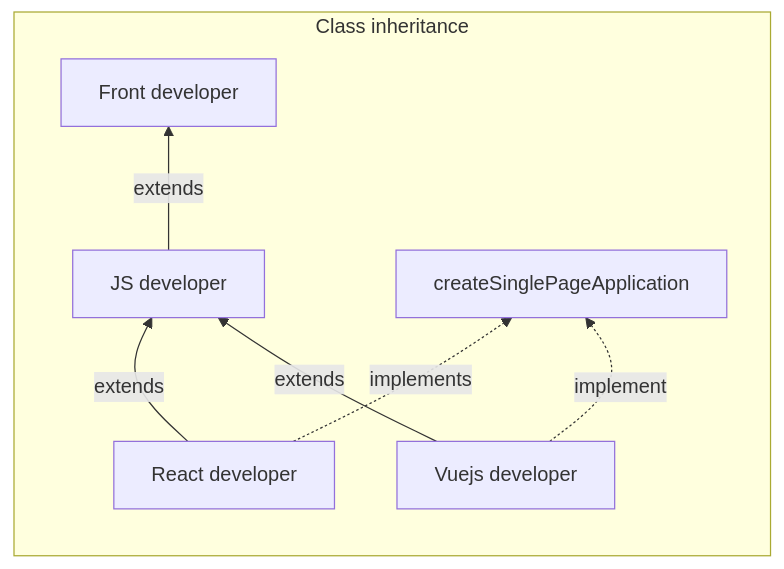
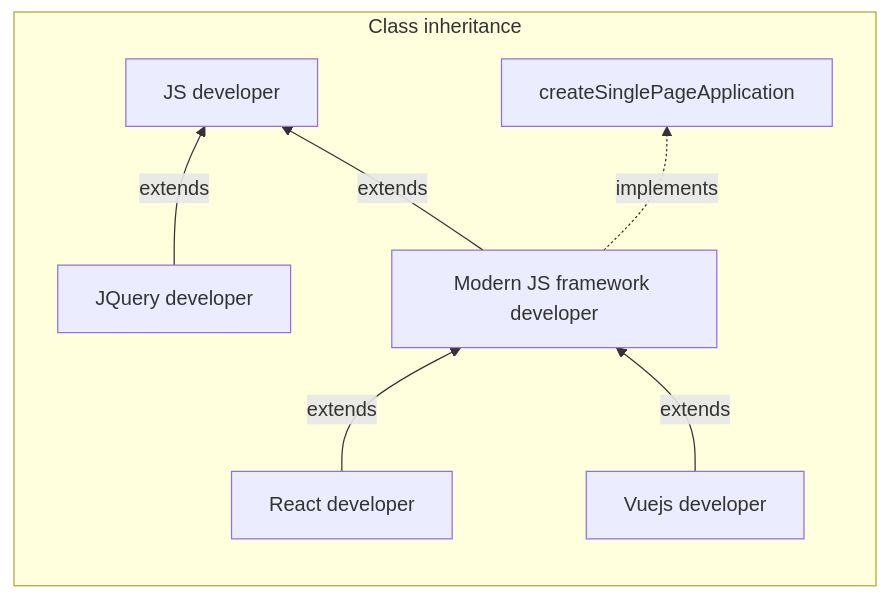
The first of 2 diagrams in docs/Liskov_Substitution_Principle.md (Asgard-Digital-Force/Asgardian-Code-Principles), drawn with Mermaid before and after one commit. The commit also changed other lines of this file, not shown here.

Commit message:
better exemple

````diff
--- a/docs/Liskov_Substitution_Principle.md
+++ b/docs/Liskov_Substitution_Principle.md
@@ -37,13 +37,13 @@
 ```mermaid
 graph TD
 
     subgraph Class inheritance
         direction BT
-        JS1[JS developer] --extends--> FD1[Front developer]
-        RD1[React developer] --extends--> JS1
-        VJS1[Vuejs developer] --extends--> JS1
+        JS1[JQuery developer] --extends--> FD1[JS developer]
+        MD1[Modern JS framework developer] --extends--> FD1[JS developer]
+        RD1[React developer] --extends--> MD1
+        VJS1[Vuejs developer] --extends--> MD1
 
-        RD1 -.implements.-> spa[createSinglePageApplication]
-        VJS1 -.implement.-> spa
+        MD1 -.implements.-> spa[createSinglePageApplication]
     end
 ```
````
